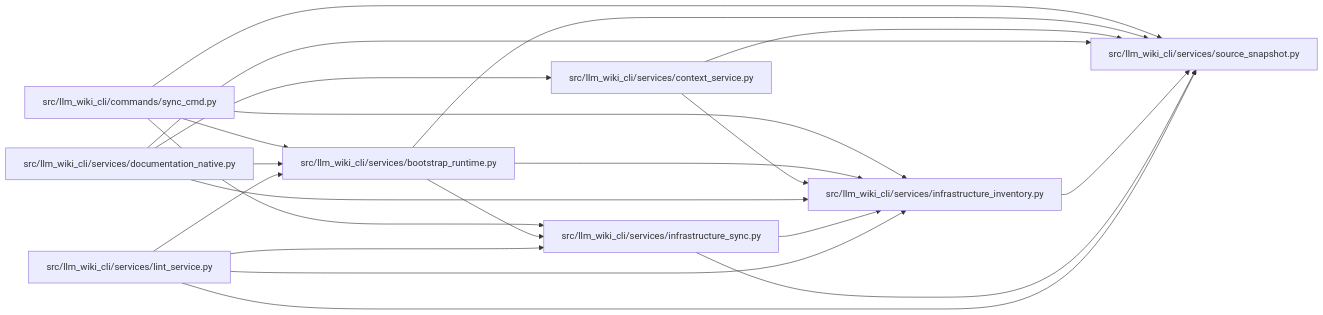
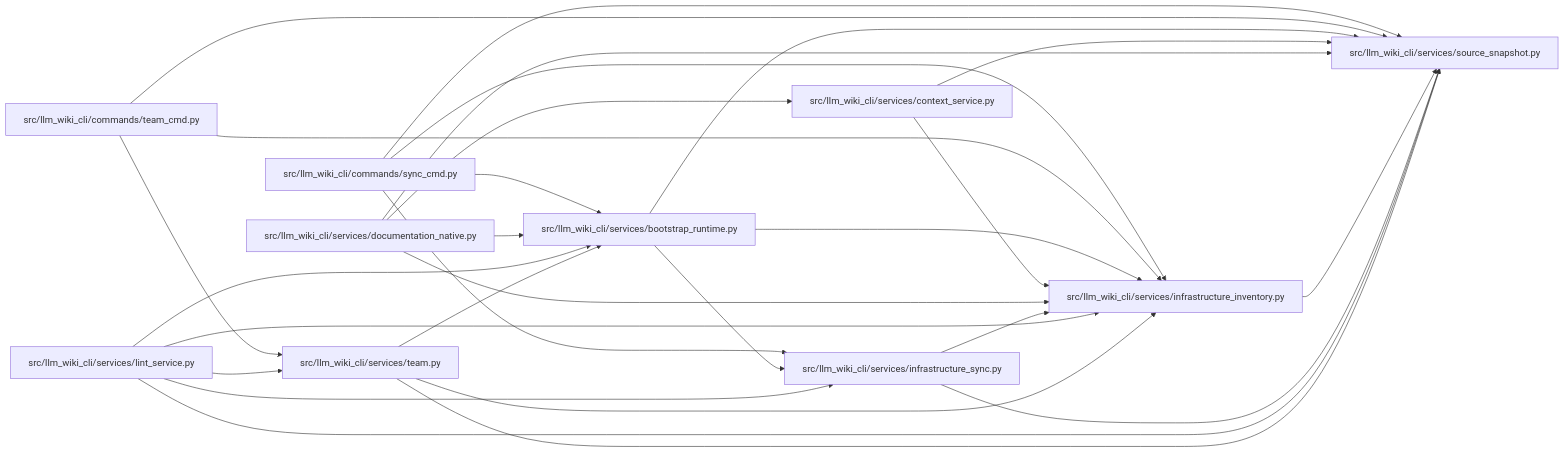
Before and after one commit to Denissvgn/python-wiki-llm: the diagram in docs/llm_wiki/modules/infrastructure_inventory.md, drawn with Mermaid. The commit also changed other lines of this file and 240 other files, not shown here.

Commit message:
docs: refresh wiki for validated runtime updates

````diff
--- a/docs/llm_wiki/modules/infrastructure_inventory.md
+++ b/docs/llm_wiki/modules/infrastructure_inventory.md
@@ -21,39 +21,50 @@
 ```mermaid
 flowchart LR
     n0["src/llm_wiki_cli/commands/sync_cmd.py"]
-    n1["src/llm_wiki_cli/services/bootstrap_runtime.py"]
-    n2["src/llm_wiki_cli/services/context_service.py"]
-    n3["src/llm_wiki_cli/services/documentation_native.py"]
-    n4["src/llm_wiki_cli/services/infrastructure_inventory.py"]
-    n5["src/llm_wiki_cli/services/infrastructure_sync.py"]
-    n6["src/llm_wiki_cli/services/lint_service.py"]
-    n7["src/llm_wiki_cli/services/source_snapshot.py"]
-    n0 --> n1
-    n0 --> n4
+    n1["src/llm_wiki_cli/commands/team_cmd.py"]
+    n2["src/llm_wiki_cli/services/bootstrap_runtime.py"]
+    n3["src/llm_wiki_cli/services/context_service.py"]
+    n4["src/llm_wiki_cli/services/documentation_native.py"]
+    n5["src/llm_wiki_cli/services/infrastructure_inventory.py"]
+    n6["src/llm_wiki_cli/services/infrastructure_sync.py"]
+    n7["src/llm_wiki_cli/services/lint_service.py"]
+    n8["src/llm_wiki_cli/services/source_snapshot.py"]
+    n9["src/llm_wiki_cli/services/team.py"]
+    n0 --> n2
     n0 --> n5
-    n0 --> n7
-    n1 --> n4
+    n0 --> n6
+    n0 --> n8
     n1 --> n5
-    n1 --> n7
-    n2 --> n4
-    n2 --> n7
-    n3 --> n1
-    n3 --> n2
-    n3 --> n4
-    n3 --> n7
-    n4 --> n7
-    n5 --> n4
-    n5 --> n7
-    n6 --> n1
-    n6 --> n4
+    n1 --> n8
+    n1 --> n9
+    n2 --> n5
+    n2 --> n6
+    n2 --> n8
+    n3 --> n5
+    n3 --> n8
+    n4 --> n2
+    n4 --> n3
+    n4 --> n5
+    n4 --> n8
+    n5 --> n8
     n6 --> n5
-    n6 --> n7
+    n6 --> n8
+    n7 --> n2
+    n7 --> n5
+    n7 --> n6
+    n7 --> n8
+    n7 --> n9
+    n9 --> n2
+    n9 --> n5
+    n9 --> n8
     click n0 "../modules/sync_cmd.md"
-    click n1 "../modules/bootstrap_runtime.md"
-    click n2 "../modules/context_service.md"
-    click n3 "../modules/documentation_native.md"
-    click n4 "../modules/infrastructure_inventory.md"
-    click n5 "../modules/infrastructure_sync.md"
-    click n6 "../modules/lint_service.md"
-    click n7 "../modules/source_snapshot.md"
+    click n1 "../modules/team_cmd.md"
+    click n2 "../modules/bootstrap_runtime.md"
+    click n3 "../modules/context_service.md"
+    click n4 "../modules/documentation_native.md"
+    click n5 "../modules/infrastructure_inventory.md"
+    click n6 "../modules/infrastructure_sync.md"
+    click n7 "../modules/lint_service.md"
+    click n8 "../modules/source_snapshot.md"
+    click n9 "../modules/team.md"
 ```
````
